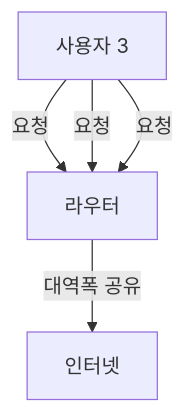
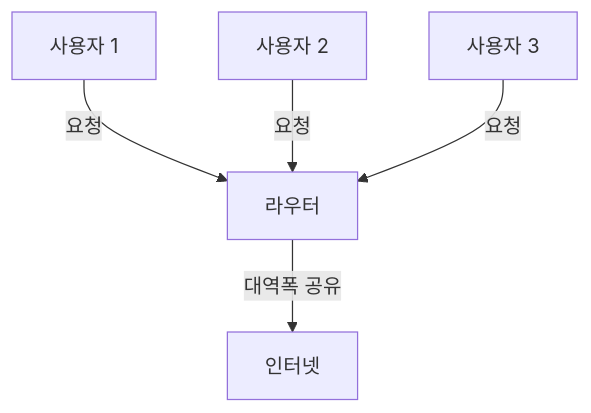
One commit to 42jerrykim/42jerrykim.github.io changed the third of 12 diagrams in content/post/2024/2024-10-17-networking-latency/index.md. Above: the diagram before and after it, drawn with Mermaid. The commit also changed other lines of this file and 239 other files, not shown here.

````diff
--- a/content/post/2024/2024-10-17-networking-latency/index.md
+++ b/content/post/2024/2024-10-17-networking-latency/index.md
@@ -217,7 +189,12 @@
 ```mermaid
-graph TD;
-    A[사용자 1] -->|요청| B[라우터]
-    A[사용자 2] -->|요청| B[라우터]
-    A[사용자 3] -->|요청| B[라우터]
-    B -->|대역폭 공유| C[인터넷]
+graph TD
+  User1["사용자 1"]
+  User2["사용자 2"]
+  User3["사용자 3"]
+  Router["라우터"]
+  Internet["인터넷"]
+  User1 -->|"요청"| Router
+  User2 -->|"요청"| Router
+  User3 -->|"요청"| Router
+  Router -->|"대역폭 공유"| Internet
 ```
````
